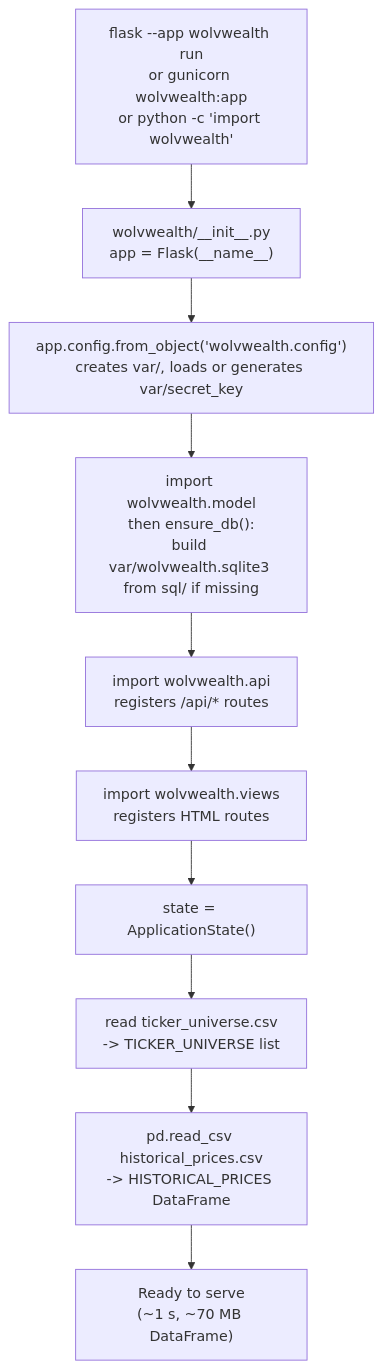
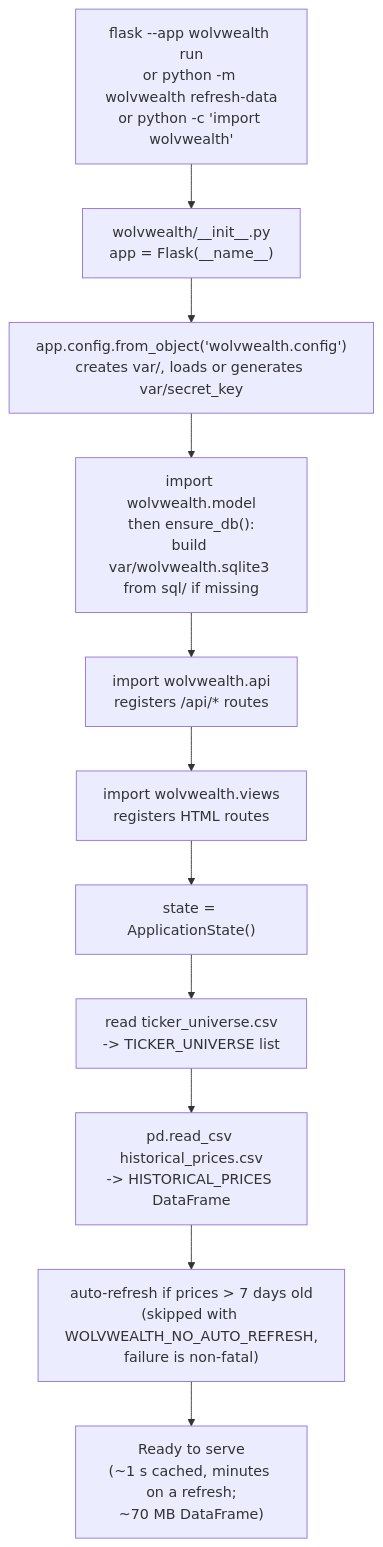
One commit to rramboer/WolvWealth changed the second of 10 diagrams in ARCHITECTURE.md. Above: the diagram before and after it, drawn with Mermaid. The commit also changed other lines of this file and 12 other files, not shown here.

````diff
--- a/ARCHITECTURE.md
+++ b/ARCHITECTURE.md
@@ -119,12 +117,13 @@
 ```mermaid
 flowchart TD
-    A["flask --app wolvwealth run<br/>or gunicorn wolvwealth:app<br/>or python -c 'import wolvwealth'"] --> B["wolvwealth/__init__.py<br/>app = Flask(__name__)"]
+    A["flask --app wolvwealth run<br/>or python -m wolvwealth refresh-data<br/>or python -c 'import wolvwealth'"] --> B["wolvwealth/__init__.py<br/>app = Flask(__name__)"]
     B --> C["app.config.from_object('wolvwealth.config')<br/>creates var/, loads or generates var/secret_key"]
     C --> D["import wolvwealth.model<br/>then ensure_db():<br/>build var/wolvwealth.sqlite3 from sql/ if missing"]
     D --> E["import wolvwealth.api<br/>registers /api/* routes"]
     E --> F["import wolvwealth.views<br/>registers HTML routes"]
     F --> G["state = ApplicationState()"]
     G --> H["read ticker_universe.csv<br/>-> TICKER_UNIVERSE list"]
     H --> I["pd.read_csv historical_prices.csv<br/>-> HISTORICAL_PRICES DataFrame"]
-    I --> J["Ready to serve<br/>(~1 s, ~70 MB DataFrame)"]
+    I --> R["auto-refresh if prices > 7 days old<br/>(skipped with WOLVWEALTH_NO_AUTO_REFRESH,<br/>failure is non-fatal)"]
+    R --> J["Ready to serve<br/>(~1 s cached, minutes on a refresh;<br/>~70 MB DataFrame)"]
 ```
````
